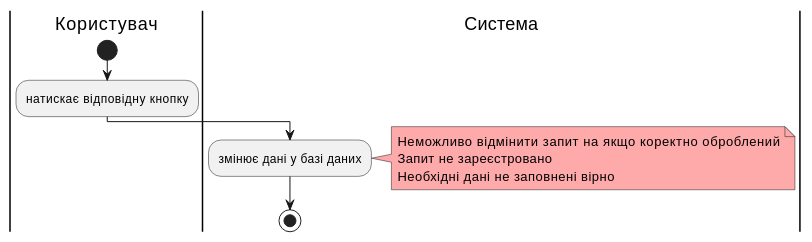
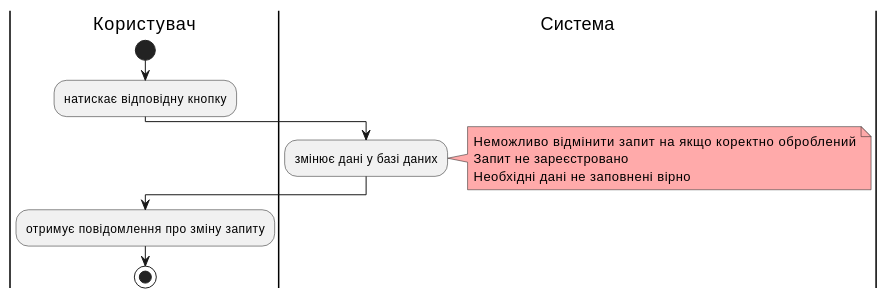
Before and after one commit to yarikkot04/Sup: diagram 16 of 23 in docs/use cases/README.md, drawn with PlantUML. The commit also changed other lines of this file and 1 other file, not shown here.

```diff
--- a/docs/use cases/README.md
+++ b/docs/use cases/README.md
@@ -730,15 +735,17 @@
 @startuml
   
     |Користувач|
        start
         :натискає відповідну кнопку;
     |Система|
         :змінює дані у базі даних;
          note right #ffaaaa 
          Неможливо відмінити запит на якщо коректно оброблений
          Запит не зареєстровано
          Необхідні дані не заповнені вірно
          end note
+    |Користувач|
+        :отримує повідомлення про зміну запиту;
        stop;   
             
 @enduml    
```
